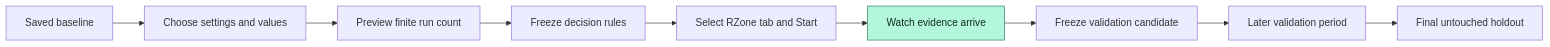
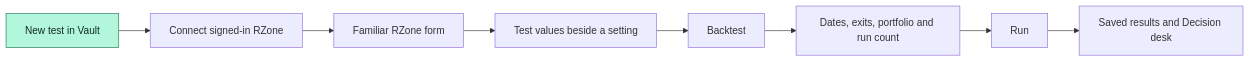
Before and after one commit to mamamiya7/backtest-vault: the first of 4 diagrams in docs/EXPERIMENTS.md, drawn with Mermaid. The commit also changed other lines of this file and 27 other files, not shown here.

````diff
--- a/docs/EXPERIMENTS.md
+++ b/docs/EXPERIMENTS.md
@@ -7,12 +7,11 @@
 ```mermaid
 flowchart LR
-    A[Saved baseline] --> B[Choose settings and values]
-    B --> C[Preview finite run count]
-    C --> D[Freeze decision rules]
-    D --> E[Select RZone tab and Start]
-    E --> F[Watch evidence arrive]
-    F --> G[Freeze validation candidate]
-    G --> H[Later validation period]
-    H --> J[Final untouched holdout]
-    style F fill:#b2f7dc,stroke:#247456,color:#122b22
+    A[New test in Vault] --> B[Connect signed-in RZone]
+    B --> C[Familiar RZone form]
+    C --> D[Test values beside a setting]
+    D --> E[Backtest]
+    E --> F[Dates, exits, portfolio and run count]
+    F --> G[Run]
+    G --> H[Saved results and Decision desk]
+    style A fill:#b2f7dc,stroke:#247456,color:#122b22
 ```
````
